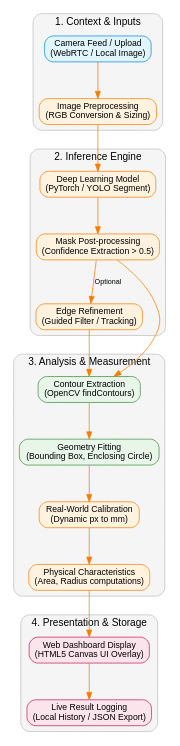
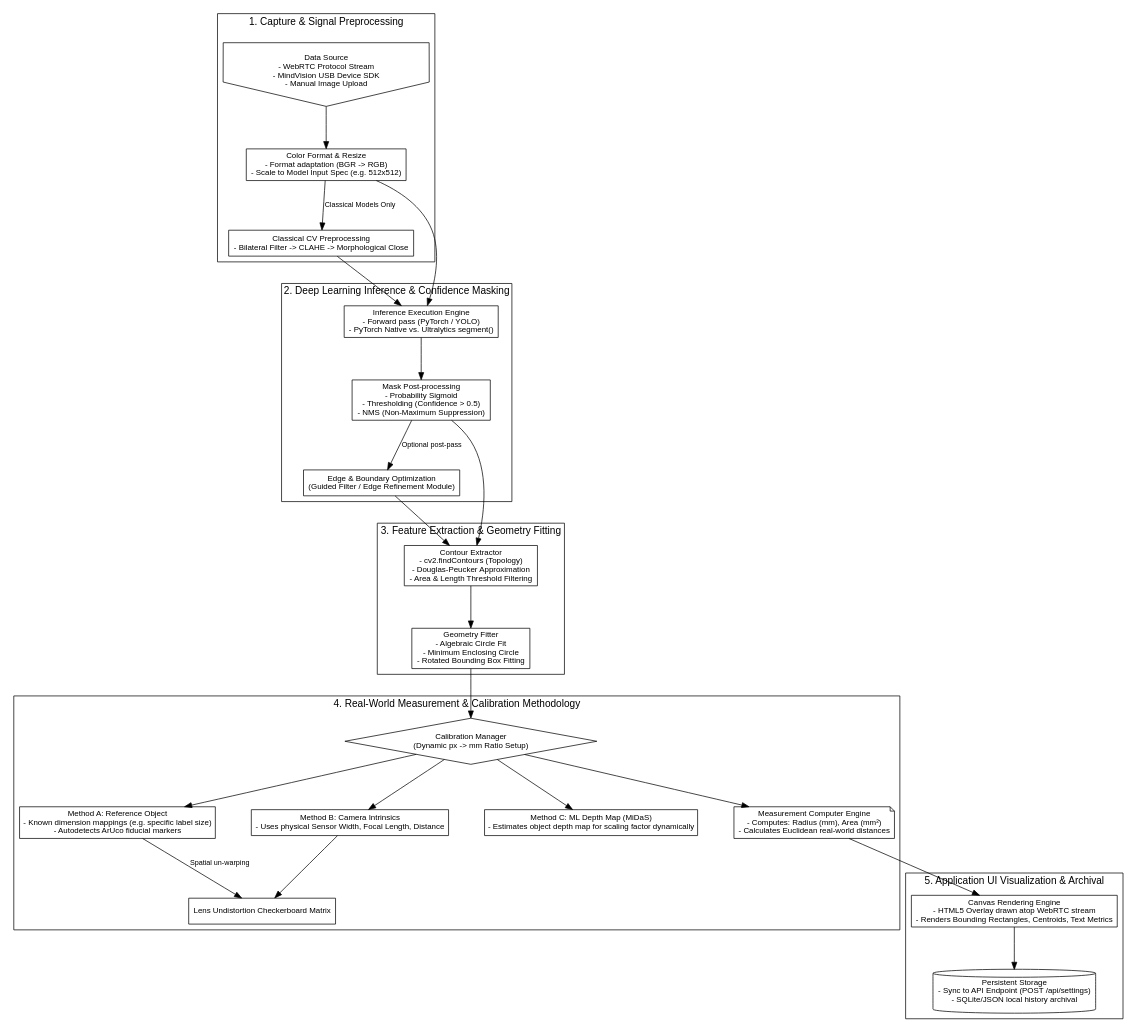
One commit to zakari4/internship-2026-stator-vision-inspection changed the diagram in docs/detection_pipeline.dot. Above: the diagram before and after it, drawn with Graphviz. The commit also changed 3 other files, not shown here.

First line of the commit message:
docs: regenerate process diagrams in detailed black and white

```diff
--- a/docs/detection_pipeline.dot
+++ b/docs/detection_pipeline.dot
@@ -1,60 +1,84 @@
-digraph DetectionPipeline {
-    node [shape=box, style="rounded,filled", fillcolor="#fff3e0", color="#f57c00", fontname="Arial", fontsize=12];
-    edge [color="#f57c00", fontname="Arial", fontsize=10];
+digraph DetailedDetectionPipeline {
+    node [shape=box, style="solid", color="black", fillcolor="white", fontname="Arial", fontsize=11];
+    edge [color="black", fontname="Arial", fontsize=10];
     fontname="Arial";
     rankdir=TD;
-    nodesep=0.5;
-    ranksep=0.7;
+    compound=true;
+    nodesep=0.7;
+    ranksep=0.8;
 
-    subgraph cluster_input {
-        label="1. Context & Inputs";
-        style="rounded,filled";
-        fillcolor="#f5f5f5";
-        color="#bdbdbd";
-        A [label="Camera Feed / Upload\n(WebRTC / Local Image)", fillcolor="#e1f5fe", color="#0288d1"];
-        B [label="Image Preprocessing\n(RGB Conversion & Sizing)"];
-        A -> B;
+    subgraph cluster_capture {
+        label="1. Capture & Signal Preprocessing";
+        style="solid";
+        color="black";
+        
+        InputSrc [label="Data Source\n- WebRTC Protocol Stream\n- MindVision USB Device SDK\n- Manual Image Upload", shape=invhouse];
+        PreConv [label="Color Format & Resize\n- Format adaptation (BGR -> RGB)\n- Scale to Model Input Spec (e.g. 512x512)"];
+        PreClass [label="Classical CV Preprocessing\n- Bilateral Filter -> CLAHE -> Morphological Close"];
+        
+        InputSrc -> PreConv;
+        PreConv -> PreClass [label=" Classical Models Only"];
     }
 
     subgraph cluster_inference {
-        label="2. Inference Engine";
-        style="rounded,filled";
-        fillcolor="#f5f5f5";
-        color="#bdbdbd";
-        C [label="Deep Learning Model\n(PyTorch / YOLO Segment)"];
-        D [label="Mask Post-processing\n(Confidence Extraction > 0.5)"];
-        E [label="Edge Refinement\n(Guided Filter / Tracking)"];
-        B -> C;
-        C -> D;
-        D -> E [label=" Optional"];
+        label="2. Deep Learning Inference & Confidence Masking";
+        style="solid";
+        color="black";
+        
+        ModelInf [label="Inference Execution Engine\n- Forward pass (PyTorch / YOLO)\n- PyTorch Native vs. Ultralytics segment()"];
+        MaskExt [label="Mask Post-processing\n- Probability Sigmoid\n- Thresholding (Confidence > 0.5)\n- NMS (Non-Maximum Suppression)"];
+        EdgeRefine [label="Edge & Boundary Optimization\n(Guided Filter / Edge Refinement Module)"];
+        
+        PreConv -> ModelInf;
+        PreClass -> ModelInf;
+        ModelInf -> MaskExt;
+        MaskExt -> EdgeRefine [label=" Optional post-pass"];
     }
 
-    subgraph cluster_post {
-        label="3. Analysis & Measurement";
-        style="rounded,filled";
-        fillcolor="#f5f5f5";
-        color="#bdbdbd";
-        F [label="Contour Extraction\n(OpenCV findContours)", fillcolor="#e8f5e9", color="#388e3c"];
-        G [label="Geometry Fitting\n(Bounding Box, Enclosing Circle)", fillcolor="#e8f5e9", color="#388e3c"];
-        H [label="Real-World Calibration\n(Dynamic px to mm)"];
-        I [label="Physical Characteristics\n(Area, Radius computations)"];
+    subgraph cluster_geometry {
+        label="3. Feature Extraction & Geometry Fitting";
+        style="solid";
+        color="black";
         
-        D -> F;
-        E -> F;
-        F -> G;
-        G -> H;
-        H -> I;
+        FindContours [label="Contour Extractor\n- cv2.findContours (Topology)\n- Douglas-Peucker Approximation\n- Area & Length Threshold Filtering"];
+        GeomFit [label="Geometry Fitter\n- Algebraic Circle Fit\n- Minimum Enclosing Circle\n- Rotated Bounding Box Fitting"];
+        
+        EdgeRefine -> FindContours;
+        MaskExt -> FindContours;
+        FindContours -> GeomFit;
     }
 
-    subgraph cluster_ui {
-        label="4. Presentation & Storage";
-        style="rounded,filled";
-        fillcolor="#f5f5f5";
-        color="#bdbdbd";
-        J [label="Web Dashboard Display\n(HTML5 Canvas UI Overlay)", fillcolor="#fce4ec", color="#c2185b"];
-        K [label="Live Result Logging\n(Local History / JSON Export)", fillcolor="#fce4ec", color="#c2185b"];
+    subgraph cluster_metrics {
+        label="4. Real-World Measurement & Calibration Methodology";
+        style="solid";
+        color="black";
         
-        I -> J;
-        J -> K;
+        Calib [label="Calibration Manager\n(Dynamic px -> mm Ratio Setup)", shape=diamond];
+        MethA [label="Method A: Reference Object\n- Known dimension mappings (e.g. specific label size)\n- Autodetects ArUco fiducial markers"];
+        MethB [label="Method B: Camera Intrinsics\n- Uses physical Sensor Width, Focal Length, Distance"];
+        MethC [label="Method C: ML Depth Map (MiDaS)\n- Estimates object depth map for scaling factor dynamically"];
+        Lens [label="Lens Undistortion Checkerboard Matrix"];
+        
+        MeasComp [label="Measurement Computer Engine\n- Computes: Radius (mm), Area (mm²)\n- Calculates Euclidean real-world distances", shape=note];
+
+        GeomFit -> Calib;
+        Calib -> MethA;
+        Calib -> MethB;
+        Calib -> MethC;
+        MethA -> Lens [label=" Spatial un-warping"];
+        MethB -> Lens;
+        Calib -> MeasComp;
+    }
+
+    subgraph cluster_presentation {
+        label="5. Application UI Visualization & Archival";
+        style="solid";
+        color="black";
+        
+        Render [label="Canvas Rendering Engine\n- HTML5 Overlay drawn atop WebRTC stream\n- Renders Bounding Rectangles, Centroids, Text Metrics"];
+        Storage [label="Persistent Storage\n- Sync to API Endpoint (POST /api/settings)\n- SQLite/JSON local history archival", shape=cylinder];
+        
+        MeasComp -> Render;
+        Render -> Storage;
     }
 }
```
